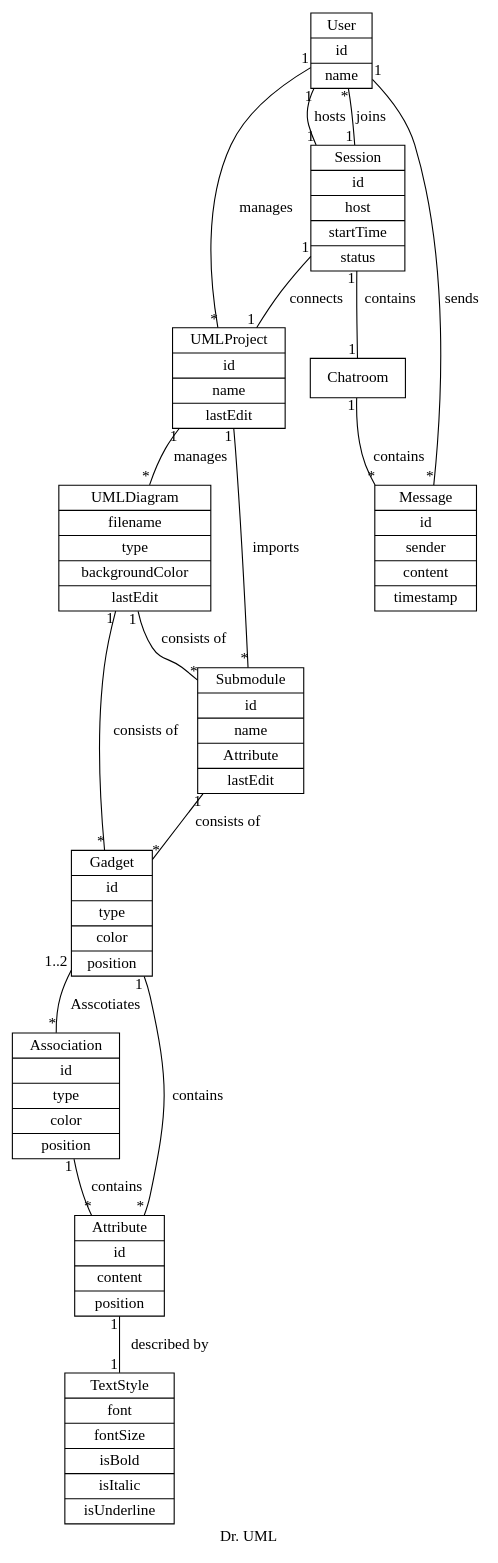
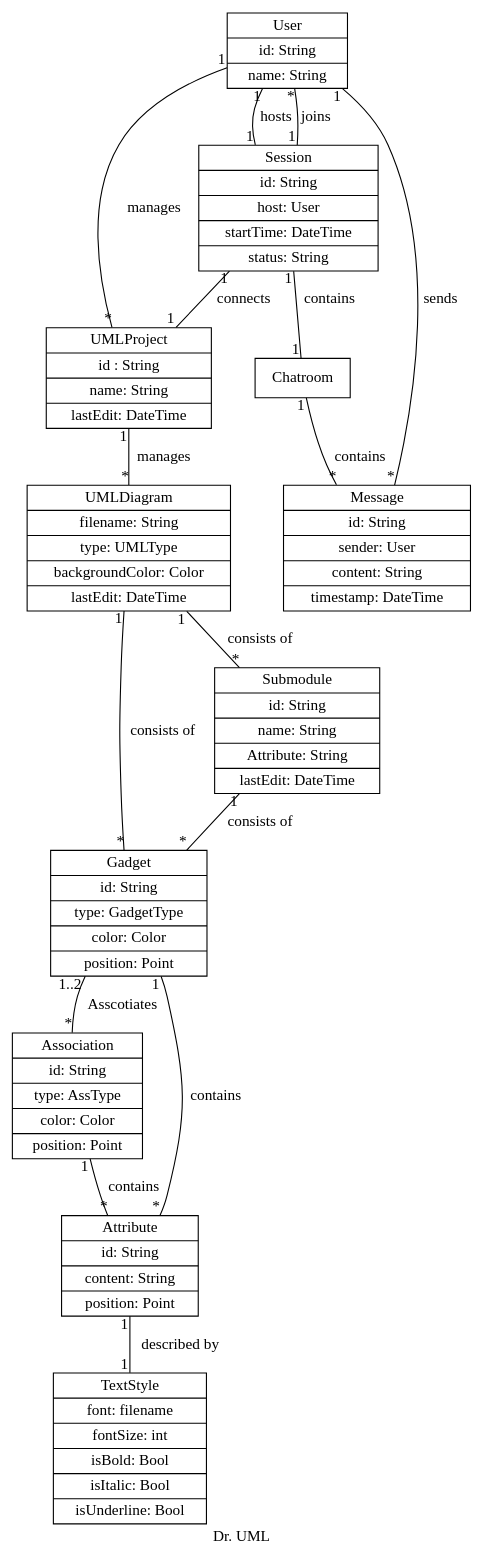
The diagram in docs/graphs/dm.dot (Vghxv/Dr.UML__________________), drawn with Graphviz before and after one commit. The commit also changed 3 other files, not shown here.

```diff
--- a/docs/graphs/dm.dot
+++ b/docs/graphs/dm.dot
@@ -1,34 +1,136 @@
-graph DrUML {
-    graph [label = "Dr. UML"; rankdir = "TB";];
-    
-    node [shape = record;];
+graph DrUML{
+  graph [
+    label = "Dr. UML"
+    rankdir = "TB"
+  ]
 
-    User [label = "{User | id | name}";];
-    UMLProject [label = "{UMLProject | id | name | lastEdit}";];
-    UMLDiagram [label = "{UMLDiagram | filename | type | backgroundColor | lastEdit}";];
-    Gadget [label = "{Gadget | id | type | color | position}";];
-    Association [label = "{Association | id | type | color | position}";];
-    Submodule [label = "{Submodule | id| name | Attribute | lastEdit}";];
-    Session [label = "{Session | id| host | startTime | status}";];
-    Chatroom [label = "{Chatroom}";];
-    Message [label = "{Message | id | sender | content | timestamp}";];
-    Attribute [label = "{Attribute | id | content | position}";];
-    TextStyle [label = "{TextStyle | font | fontSize | isBold | isItalic | isUnderline}";];
-    
-    User -- UMLProject [label = "manages"; headlabel = "*"; taillabel = "1";];
-    UMLProject -- UMLDiagram [label = "manages"; headlabel = "*"; taillabel = "1";];
-    UMLProject -- Submodule [label = "imports"; headlabel = "*"; taillabel = "1";];
-    UMLDiagram -- Gadget [label = "consists of"; headlabel = "*"; taillabel = "1";];
-    Submodule -- Gadget [label = "consists of"; headlabel = "*"; taillabel = "1";];
-    Gadget -- Attribute [label = "contains"; headlabel = "*"; taillabel = "1";];
-    Association -- Attribute [label = "contains"; headlabel = "*"; taillabel = "1";];
-    Gadget -- Association [label = "Asscotiates"; headlabel = "*"; taillabel = "1..2";];
-    UMLDiagram -- Submodule [label = "consists of"; headlabel = "*"; taillabel = "1";];
-    User -- Session [label = "hosts"; headlabel = "1"; taillabel = "1";];
-    User -- Session [label = "joins"; headlabel = "1"; taillabel = "*";];
-    Session -- UMLProject [label = "connects"; headlabel = "1"; taillabel = "1";];
-    Session -- Chatroom [label = "contains"; headlabel = "1"; taillabel = "1";];
-    Chatroom -- Message [label = "contains"; headlabel = "*"; taillabel = "1";];
-    User -- Message [label = "sends"; headlabel = "*"; taillabel = "1";];
-    Attribute -- TextStyle [label = "described by"; headlabel = "1"; taillabel = "1";];
+  node [
+    shape = record
+  ]
+
+
+  User[
+    label="{User | id: String | name: String}"
+  ]
+  UMLProject[
+    label="{UMLProject | id : String | name: String| lastEdit: DateTime}"
+  ]
+  UMLDiagram[
+    label="{UMLDiagram | filename: String | type: UMLType | backgroundColor: Color | lastEdit: DateTime}"
+  ]
+  Gadget[
+    label="{Gadget | id: String | type: GadgetType | color: Color | position: Point}"
+  ]
+  Association [
+    label="{Association | id: String | type: AssType | color: Color | position: Point}"
+  ]
+  Submodule[
+    label="{Submodule | id: String | name: String | Attribute: String | lastEdit: DateTime}"
+  ]
+  Session[
+    label="{Session | id: String | host: User | startTime: DateTime | status: String}"
+  ]
+  Chatroom[
+    label="{Chatroom}"
+  ]
+  Message[
+    label="{Message | id: String | sender: User | content: String | timestamp: DateTime}"
+  ]
+  Attribute [
+    label="{Attribute | id: String | content: String | position: Point }"
+  ]
+  TextStyle [
+    label="{TextStyle | font: filename | fontSize: int | isBold: Bool | isItalic: Bool | isUnderline: Bool}"
+  ]
+
+  User -- UMLProject[
+    label = "manages"
+    headlabel = "*"
+    taillabel = "1"
+  ]
+
+  UMLProject -- UMLDiagram[
+    label = "manages"
+    headlabel = "*"
+    taillabel = "1"
+  ]
+
+  UMLDiagram -- Gadget[
+    label = "consists of"
+    headlabel = "*"
+    taillabel = "1"
+  ]
+
+  Submodule -- Gadget[
+    label = "consists of"
+    headlabel = "*"
+    taillabel = "1"
+  ]
+
+  Gadget -- Attribute[
+    label = "contains"
+    headlabel = "*"
+    taillabel = "1"
+  ]
+
+  Association -- Attribute[
+    label = "contains"
+    headlabel = "*"
+    taillabel = "1"
+  ]
+
+  Gadget -- Association[
+    label = "Asscotiates"
+    headlabel = "*"
+    taillabel = "1..2"
+  ]
+
+  UMLDiagram -- Submodule[
+    label = "consists of"
+    headlabel = "*"
+    taillabel = "1"
+  ]
+
+  User -- Session [
+    label = "hosts"
+    headlabel = "1"
+    taillabel = "1"
+  ]
+
+  User -- Session [
+    label = "joins"
+    headlabel = "1"
+    taillabel = "*"
+  ]
+
+  Session -- UMLProject[
+    label = "connects"
+    headlabel = "1"
+    taillabel = "1"
+  ]
+
+  Session -- Chatroom[
+    label = "contains"
+    headlabel = "1"
+    taillabel = "1"
+  ]
+
+  Chatroom -- Message[
+    label = "contains"
+    headlabel = "*"
+    taillabel = "1"
+  ]
+
+  User -- Message[
+    label = "sends"
+    headlabel = "*"
+    taillabel = "1"
+  ]
+
+  Attribute -- TextStyle[
+    label = "described by"
+    headlabel = "1"
+    taillabel = "1"
+  ]
+
 }
```
